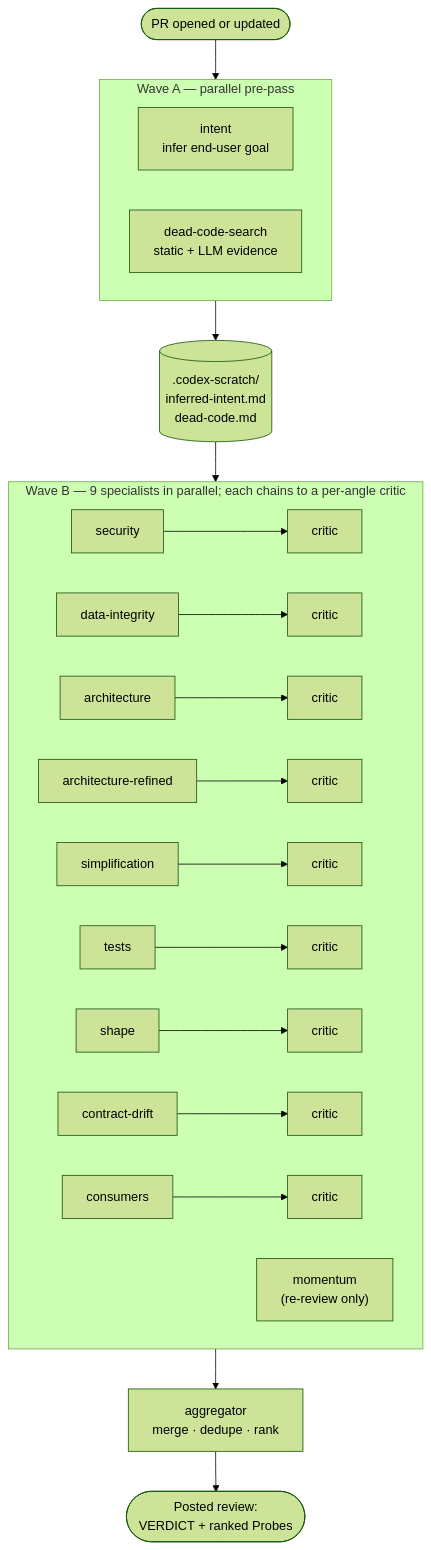
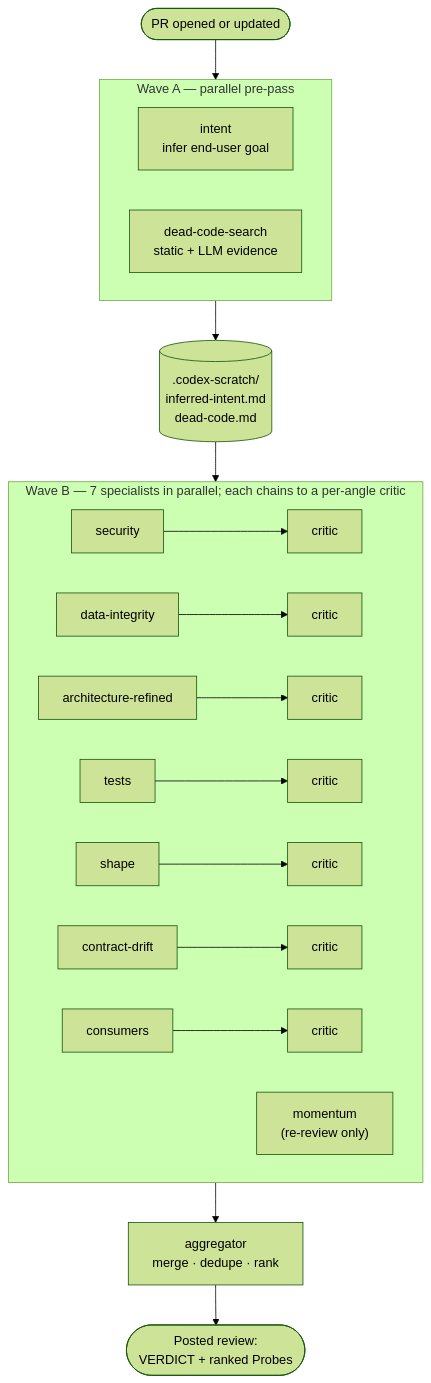
One commit to plow-pbc/knightwatch-reviewer changed the diagram in README.md. Above: the diagram before and after it, drawn with Mermaid (forest theme). The commit also changed other lines of this file and 9 other files, not shown here.

First line of the commit message:
feat(specialists): consolidate architecture+simplification into one architecture-refined lens

````diff
--- a/README.md
+++ b/README.md
@@ -34,30 +34,28 @@
 ```mermaid
 flowchart TB
     PR([PR opened or updated]) --> WA
 
     subgraph WA[Wave A — parallel pre-pass]
         direction LR
         intent[intent<br/>infer end-user goal]
         dcs[dead-code-search<br/>static + LLM evidence]
     end
 
     WA --> scratch[(.codex-scratch/<br/>inferred-intent.md<br/>dead-code.md)]
     scratch --> WB
 
-    subgraph WB[Wave B — 9 specialists in parallel; each chains to a per-angle critic]
+    subgraph WB[Wave B — 7 specialists in parallel; each chains to a per-angle critic]
         direction LR
         sec[security] --> ksec[critic]
         di[data-integrity] --> kdi[critic]
-        arch[architecture] --> karch[critic]
         archref["architecture-refined"] --> karchref[critic]
-        simp[simplification] --> ksimp[critic]
         tst[tests] --> ktst[critic]
         shp[shape] --> kshp[critic]
         cd["contract-drift"] --> kcd[critic]
         cons[consumers] --> kcons[critic]
         mom["momentum<br/>(re-review only)"]
     end
 
     WB --> agg["aggregator<br/>merge · dedupe · rank"]
     agg --> out([Posted review:<br/>VERDICT + ranked Probes])
 ```
````
